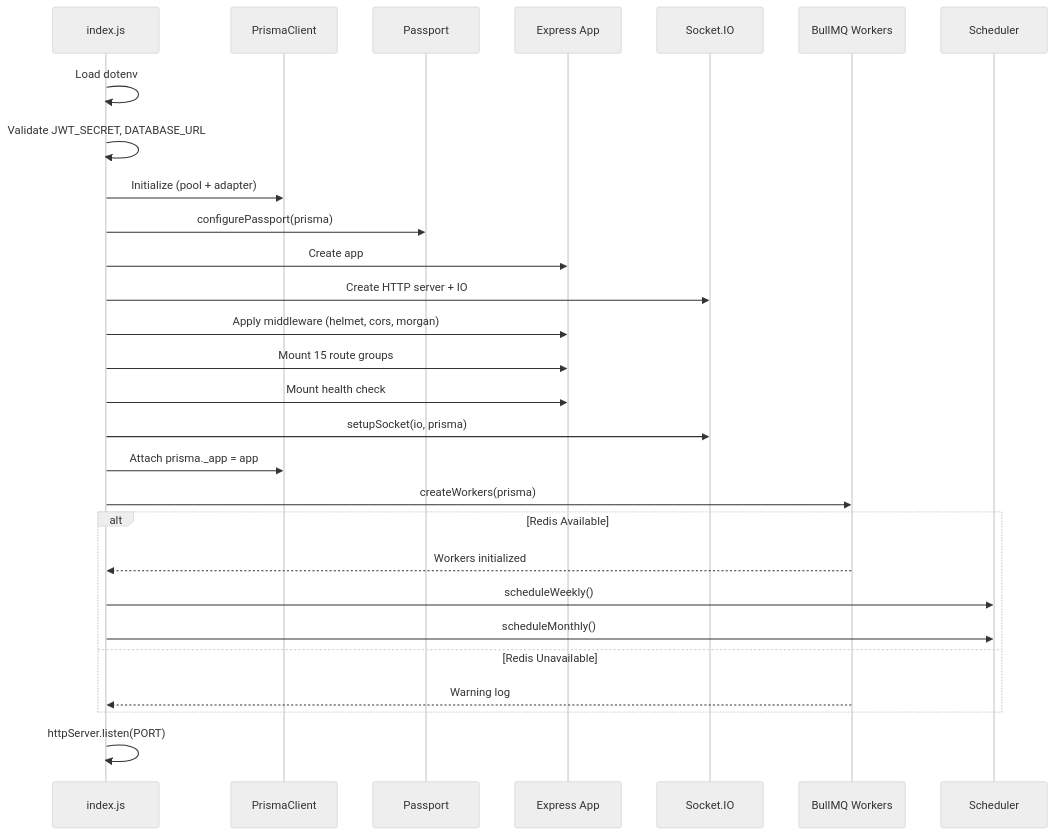
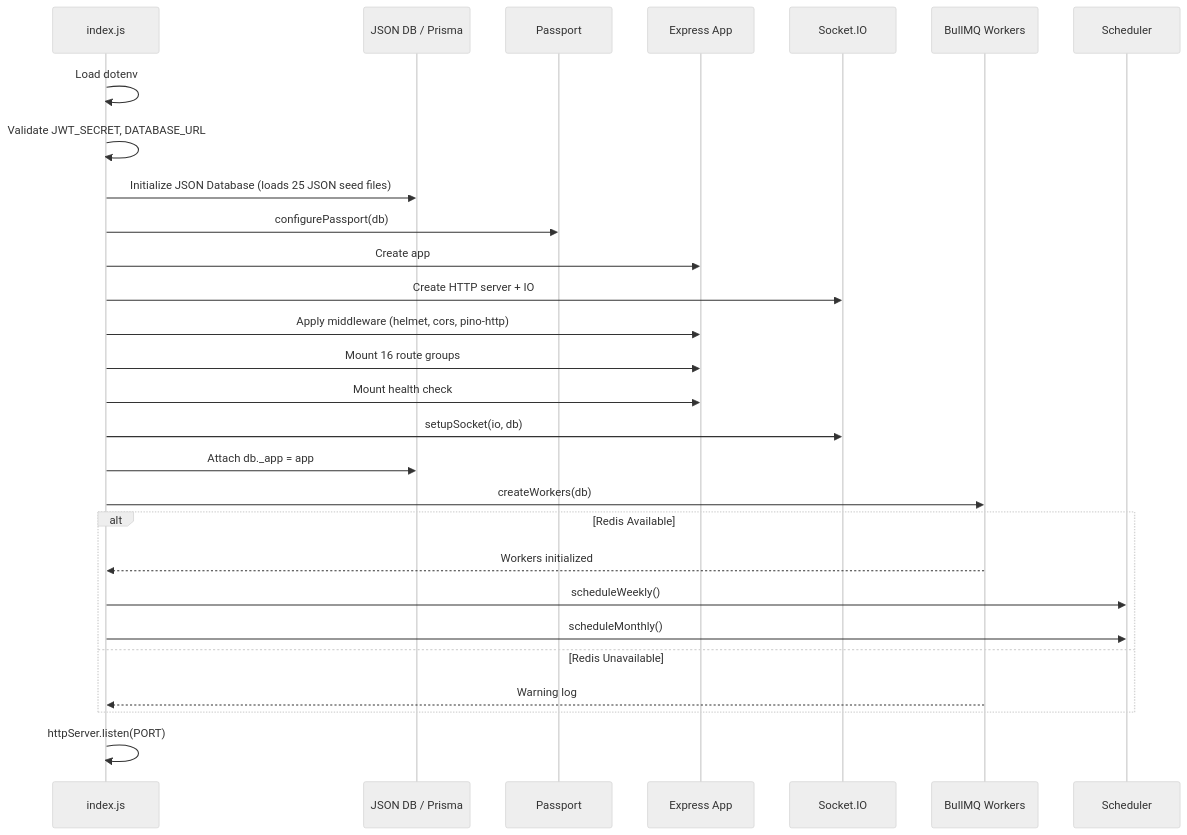
The third of 8 diagrams in PROJECT_OVERVIEW.md (themanoj-025/Match-Mind), drawn with Mermaid (neutral theme) before and after one commit. The commit also changed other lines of this file and 52 other files, not shown here.

````diff
--- a/PROJECT_OVERVIEW.md
+++ b/PROJECT_OVERVIEW.md
@@ -919,31 +920,31 @@
 ```mermaid
 sequenceDiagram
     participant Server as index.js
-    participant Prisma as PrismaClient
+    participant DB as JSON DB / Prisma
     participant Passport as Passport
     participant Express as Express App
     participant Socket as Socket.IO
     participant BullMQ as BullMQ Workers
     participant Scheduler as Scheduler
 
     Server->>Server: Load dotenv
     Server->>Server: Validate JWT_SECRET, DATABASE_URL
-    Server->>Prisma: Initialize (pool + adapter)
-    Server->>Passport: configurePassport(prisma)
+    Server->>DB: Initialize JSON Database (loads 25 JSON seed files)
+    Server->>Passport: configurePassport(db)
     Server->>Express: Create app
     Server->>Socket: Create HTTP server + IO
-    Server->>Express: Apply middleware (helmet, cors, morgan)
-    Server->>Express: Mount 15 route groups
+    Server->>Express: Apply middleware (helmet, cors, pino-http)
+    Server->>Express: Mount 16 route groups
     Server->>Express: Mount health check
-    Server->>Socket: setupSocket(io, prisma)
-    Server->>Prisma: Attach prisma._app = app
-    Server->>BullMQ: createWorkers(prisma)
+    Server->>Socket: setupSocket(io, db)
+    Server->>DB: Attach db._app = app
+    Server->>BullMQ: createWorkers(db)
     alt Redis Available
         BullMQ-->>Server: Workers initialized
         Server->>Scheduler: scheduleWeekly()
         Server->>Scheduler: scheduleMonthly()
     else Redis Unavailable
         BullMQ-->>Server: Warning log
     end
     Server->>Server: httpServer.listen(PORT)
 ```
````
